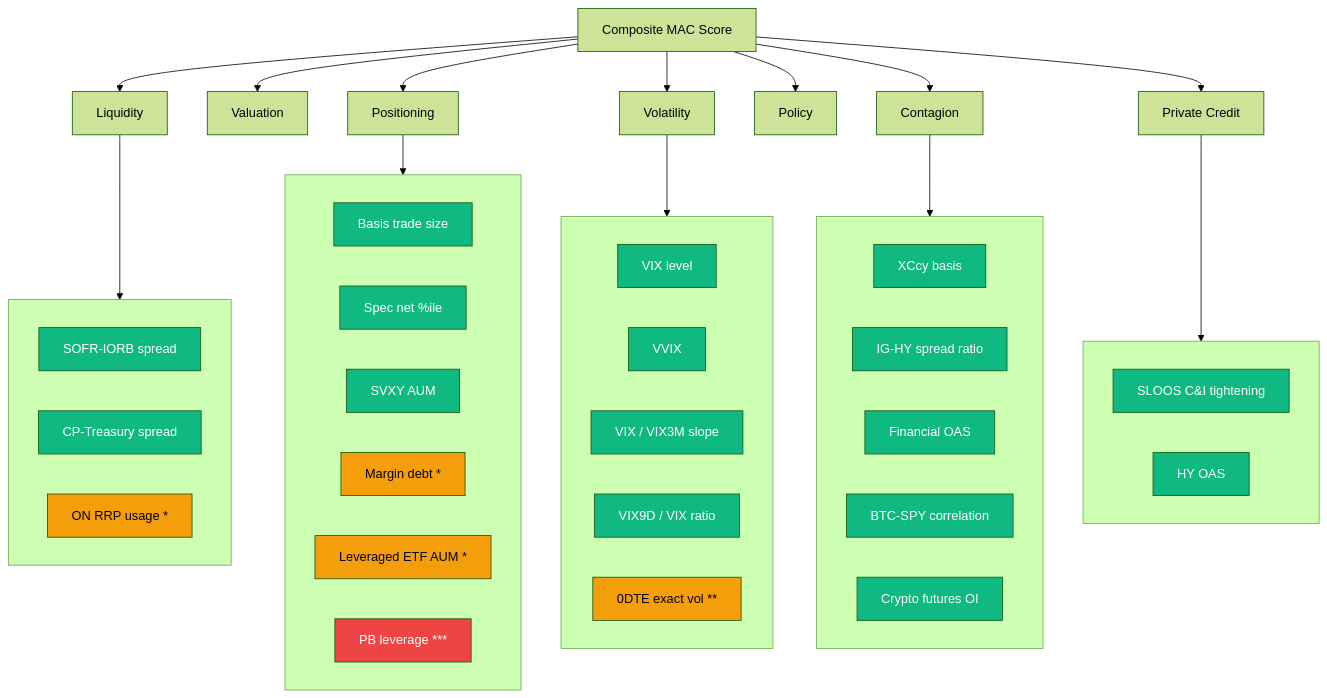
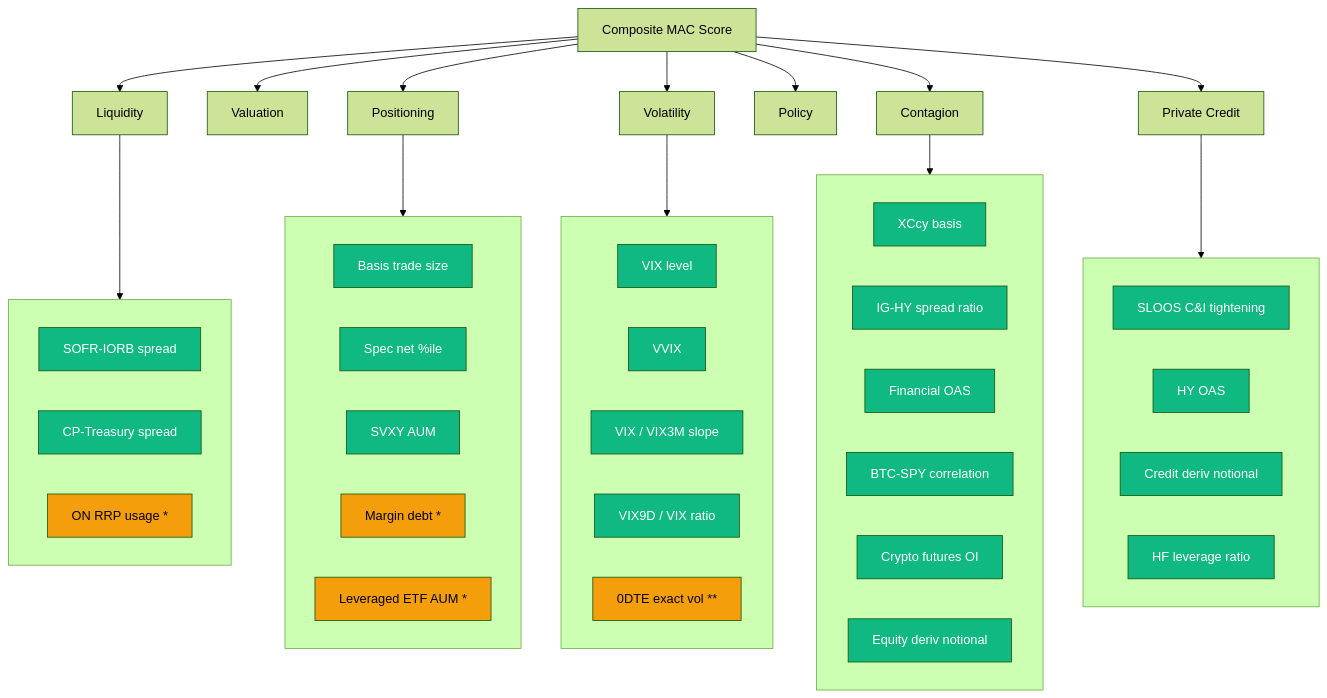
The diagram in docs/Post_GFC_Margin_Architecture.md (dev-fgf/grri-mac-framework), drawn with Mermaid (forest theme) before and after one commit. The commit also changed other lines of this file and 5 other files, not shown here.

````diff
--- a/docs/Post_GFC_Margin_Architecture.md
+++ b/docs/Post_GFC_Margin_Architecture.md
@@ -78,7 +78,6 @@
         P3["SVXY AUM"]
         P4["Margin debt *"]
         P5["Leveraged ETF AUM *"]
-        P6["PB leverage ***"]
     end
     POS --> pos_ind
 
@@ -97,12 +96,15 @@
         C3["Financial OAS"]
         C4["BTC-SPY correlation"]
         C5["Crypto futures OI"]
+        C6["Equity deriv notional"]
     end
     CON --> con_ind
 
     subgraph pc_ind [" "]
         PC1["SLOOS C&I tightening"]
         PC2["HY OAS"]
+        PC3["Credit deriv notional"]
+        PC4["HF leverage ratio"]
     end
     PC --> pc_ind
 
@@ -114,7 +116,6 @@
     style P3 fill:#10b981,color:#fff
     style P4 fill:#f59e0b,color:#000
     style P5 fill:#f59e0b,color:#000
-    style P6 fill:#ef4444,color:#fff
     style V1 fill:#10b981,color:#fff
     style V2 fill:#10b981,color:#fff
     style V3 fill:#10b981,color:#fff
@@ -125,6 +126,9 @@
     style C3 fill:#10b981,color:#fff
     style C4 fill:#10b981,color:#fff
     style C5 fill:#10b981,color:#fff
+    style C6 fill:#10b981,color:#fff
     style PC1 fill:#10b981,color:#fff
     style PC2 fill:#10b981,color:#fff
+    style PC3 fill:#10b981,color:#fff
+    style PC4 fill:#10b981,color:#fff
 ```
````
